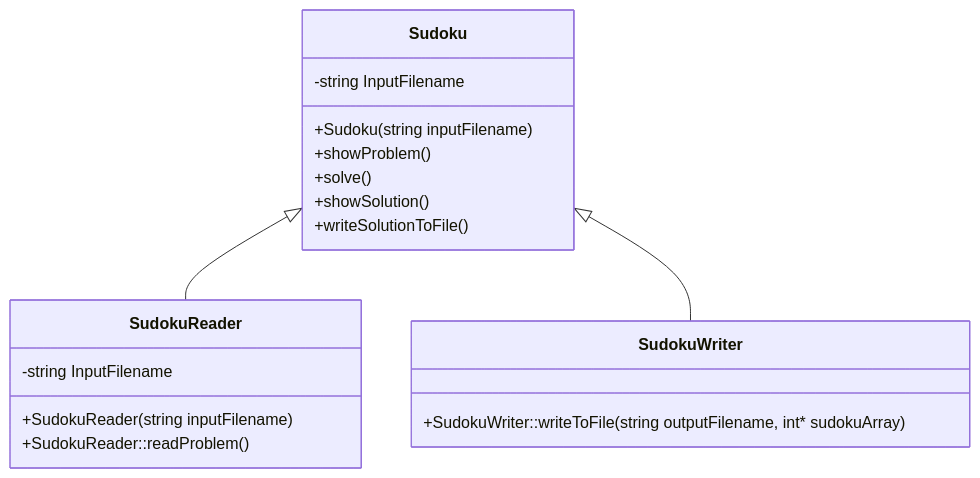
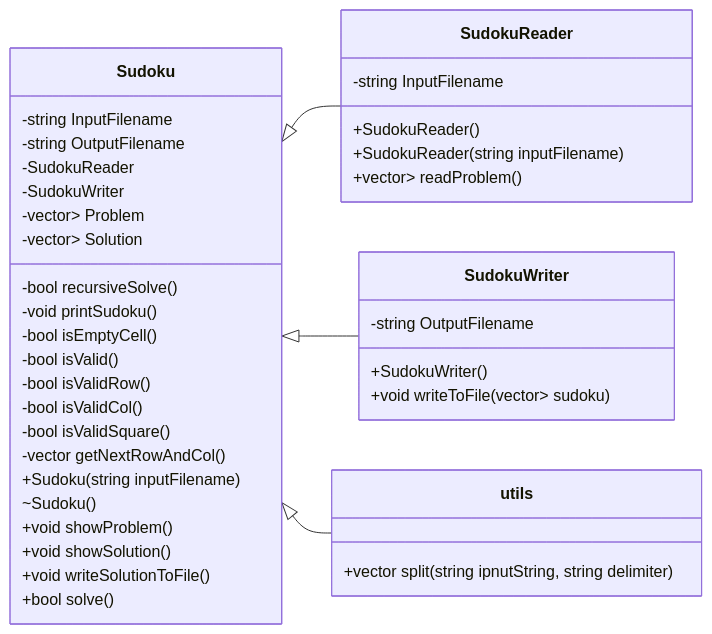
One commit to XDwightsBeetsX/sudoku changed the diagram in docs/structure.md. Above: the diagram before and after it, drawn with Mermaid. The commit also changed other lines of this file and 3 other files, not shown here.

````diff
--- a/docs/structure.md
+++ b/docs/structure.md
@@ -32,24 +43,48 @@
 ```mermaid
     classDiagram
+        direction LR
         Sudoku <|-- SudokuReader
         Sudoku <|-- SudokuWriter
+        Sudoku <|-- utils
 
         class Sudoku {
             -string InputFilename
+            -string OutputFilename
+            -SudokuReader
+            -SudokuWriter
+            -vector<vector<int>> Problem
+            -vector<vector<int>> Solution
+            -bool recursiveSolve()
+            -void printSudoku()
+            -bool isEmptyCell()
+            -bool isValid()
+            -bool isValidRow()
+            -bool isValidCol()
+            -bool isValidSquare()
+            -vector<int> getNextRowAndCol()
+            
             +Sudoku(string inputFilename)
-            +showProblem()
-            +solve()
-            +showSolution()
-            +writeSolutionToFile()
+            ~Sudoku()
+            +void showProblem()
+            +void showSolution()
+            +void writeSolutionToFile()
+            +bool solve()
         }
 
         class SudokuReader {
             -string InputFilename
+            +SudokuReader()
             +SudokuReader(string inputFilename)
-            +SudokuReader::readProblem()
+            +vector<vector<int>> readProblem()
         }
 
         class SudokuWriter {
-            +SudokuWriter::writeToFile(string outputFilename, int* sudokuArray)
+            -string OutputFilename
+            +SudokuWriter()
+            +void writeToFile(vector<vector<int>> sudoku)
+        }
+
+        class utils {
+            +vector<string> split(string ipnutString, string delimiter)
         }
 ```
````
